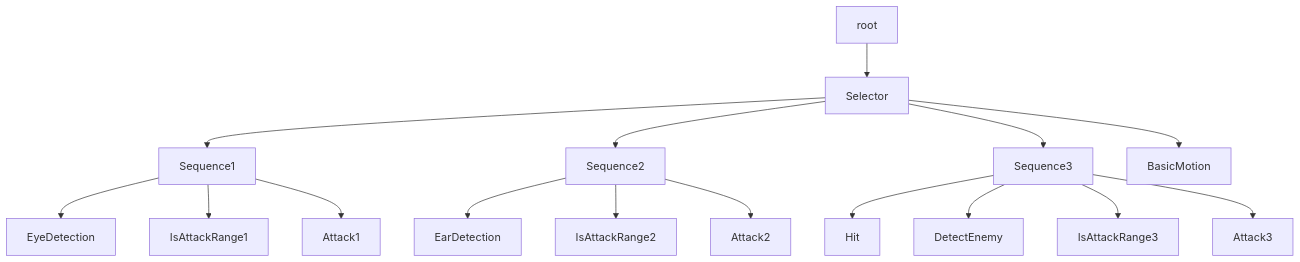
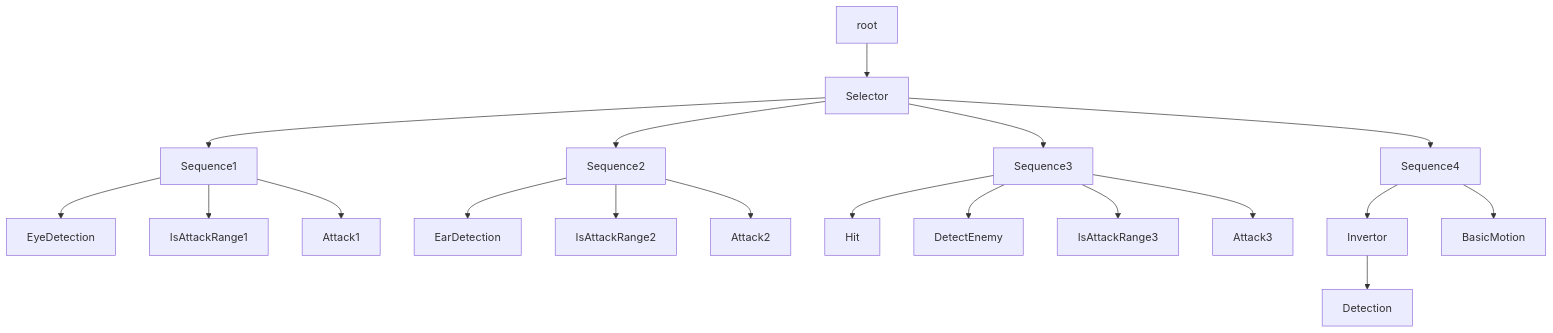
The diagram in README.md (YDbata/Mosquito), drawn with Mermaid before and after one commit.

````diff
--- a/README.md
+++ b/README.md
@@ -8,18 +8,21 @@
 ```mermaid
 graph TD;
   root --> Selector;
   Selector --> Sequence1;
   Selector --> Sequence2;
   Selector --> Sequence3;
   Sequence1 --> EyeDetection;
   Sequence1 --> IsAttackRange1;
   Sequence1 --> Attack1;
   Sequence2 --> EarDetection;
   Sequence2 --> IsAttackRange2;
   Sequence2 --> Attack2;
   Sequence3 --> Hit;
   Sequence3 --> DetectEnemy;
   Sequence3 --> IsAttackRange3;
   Sequence3 --> Attack3;
-  Selector --> BasicMotion;
+  Selector --> Sequence4;
+  Sequence4 --> Invertor;
+  Sequence4 --> BasicMotion;
+  Invertor --> Detection;
 ```
````
